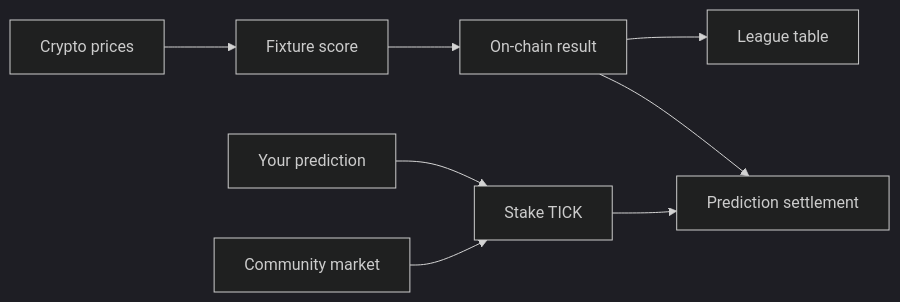
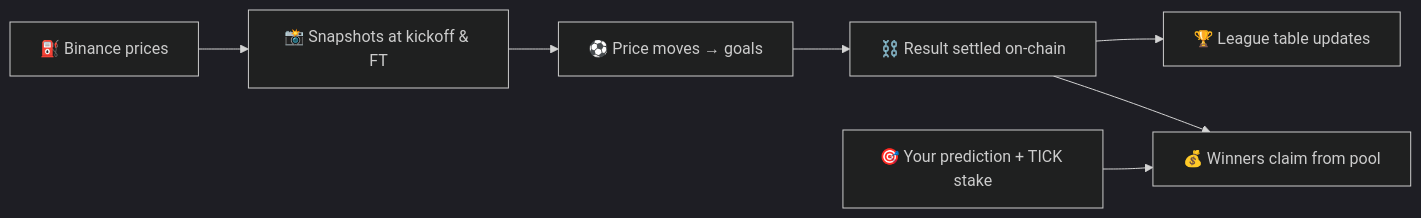
One commit to Hiesdiego/pompey changed the first of 2 diagrams in README.md. Above: the diagram before and after it, drawn with Mermaid (dark theme). The commit also changed other lines of this file and 1 other file, not shown here.

````diff
--- a/README.md
+++ b/README.md
@@ -24,10 +46,9 @@
 ```mermaid
 flowchart LR
-    A[Crypto prices] --> B[Fixture score]
-    B --> C[On-chain result]
-    C --> D[League table]
-    C --> E[Prediction settlement]
-    F[Your prediction] --> G[Stake TICK]
-    G --> E
-    H[Community market] --> G
+    A[⛽ Binance prices] --> B[📸 Snapshots at kickoff & FT]
+    B --> C[⚽ Price moves → goals]
+    C --> D[⛓️ Result settled on-chain]
+    D --> E[🏆 League table updates]
+    D --> F[💰 Winners claim from pool]
+    G[🎯 Your prediction + TICK stake] --> F
 ```
````
